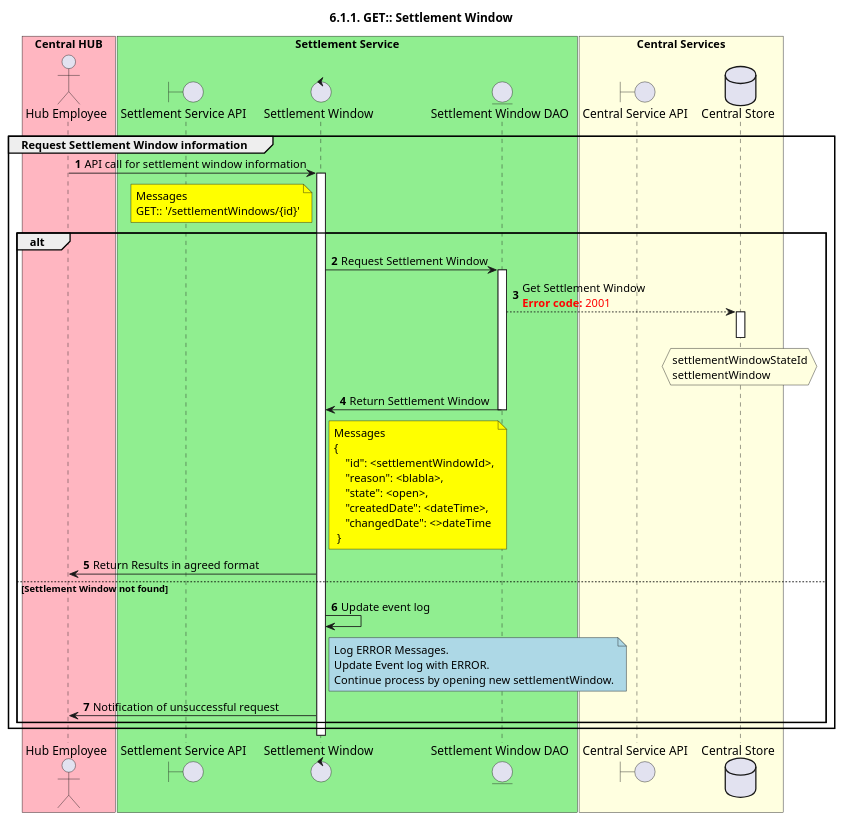
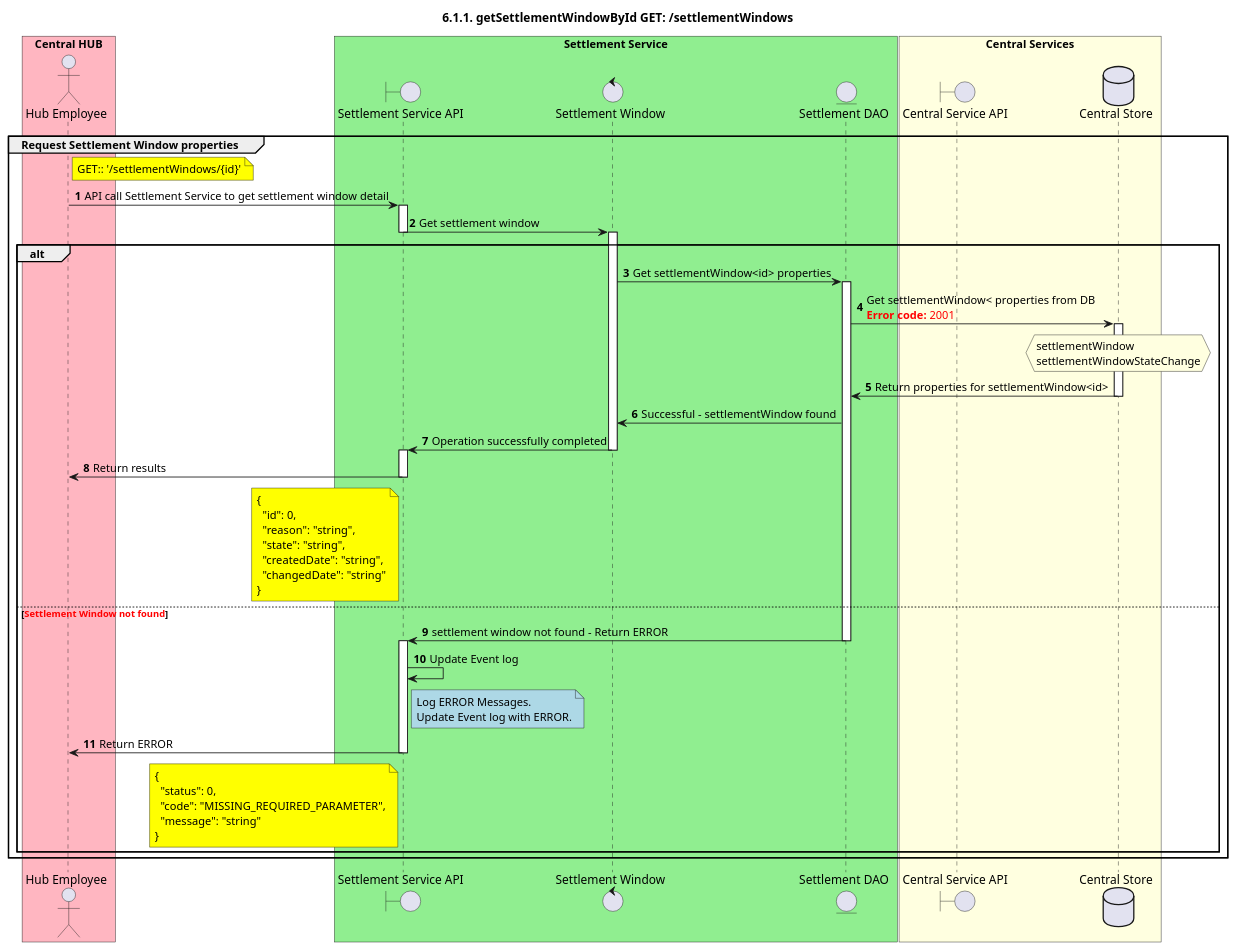
The diagram in CentralServices/seq_diagrams/seq-settleWindow-6.1.1.plantuml (HenkKodde/docs), drawn with PlantUML before and after one commit. The commit also changed 5 other files, not shown here.

Commit message:
Commit sequence diarams so implementations can start. v2.0

```diff
--- a/CentralServices/seq_diagrams/seq-settleWindow-6.1.1.plantuml
+++ b/CentralServices/seq_diagrams/seq-settleWindow-6.1.1.plantuml
@@ -1,79 +1,94 @@
 @startuml
 ' declate title
-title 6.1.1. GET:: Settlement Window
+title 6.1.1. getSettlementWindowById GET: /settlementWindows
 
 autonumber
 
 ' Actor Keys:
 
 ' declare actors
 
 actor "Hub Employee" as OPERATOR
 
 boundary "Settlement Service API" as SSAPI
 control "Settlement Window" as SETTLEWINDOW
-entity "Settlement Window DAO" as SETTLEWINDOW_DAO
+entity "Settlement DAO" as SETTLE_DAO
 
 boundary "Central Service API" as CSAPI
 database "Central Store" as DB
 
 box "Central HUB" #LightPink
     participant OPERATOR
 end box
 
 box "Settlement Service" #LightGreen
     participant SSAPI
     participant SETTLEWINDOW
-    participant SETTLEWINDOW_DAO
+    participant SETTLE_DAO
 end box
 
 box "Central Services" #LightYellow
     participant CSAPI
     participant DB
 end box
 
 ' start flow
 
-group Request Settlement Window information
-    OPERATOR -> SETTLEWINDOW: API call for settlement window information
-    note left of SETTLEWINDOW #Yellow
-        Messages
+group Request Settlement Window properties
+    note right of OPERATOR #Yellow
         GET:: '/settlementWindows/{id}'
     end note
-
+    OPERATOR -> SSAPI: API call Settlement Service to get settlement window detail
+    activate SSAPI
+    SSAPI -> SETTLEWINDOW: Get settlement window
+    deactivate SSAPI
     activate SETTLEWINDOW
     alt
-    SETTLEWINDOW -> SETTLEWINDOW_DAO: Request Settlement Window
-    activate SETTLEWINDOW_DAO
-        SETTLEWINDOW_DAO --> DB: Get Settlement Window \n<color #FF0000><b>Error code:</b> 2001</color>
+        SETTLEWINDOW -> SETTLE_DAO: Get settlementWindow<id> properties
+        activate SETTLE_DAO
+'        group <color #blue>DB TRANSACTION</color>
+                SETTLE_DAO -> DB: Get settlementWindow< properties from DB \n<color #FF0000><b>Error code:</b> 2001</color>
             activate DB
-            hnote over DB #LightYellow
-                settlementWindowStateId
+                hnote over DB #LightYellow
                 settlementWindow
-            end hnote
+                settlementWindowStateChange
+                end hnote
+                SETTLE_DAO <- DB: Return properties for settlementWindow<id>
             deactivate DB
-
-    SETTLEWINDOW <- SETTLEWINDOW_DAO: Return Settlement Window
-    deactivate SETTLEWINDOW_DAO
-        note right of SETTLEWINDOW #Yellow
-            Messages
+'        end
+        SETTLEWINDOW <- SETTLE_DAO: Successful - settlementWindow found
+        SSAPI <- SETTLEWINDOW: Operation successfully completed
+        deactivate SETTLEWINDOW
+        activate SSAPI
+        OPERATOR <- SSAPI: Return results
+        note left of SSAPI #Yellow
             {
-                "id": <settlementWindowId>,
-                "reason": <blabla>,
-                "state": <open>,
-                "createdDate": <dateTime>,
-                "changedDate": <>dateTime
-             }
+              "id": 0,
+              "reason": "string",
+              "state": "string",
+              "createdDate": "string",
+              "changedDate": "string"
+            }
         end note
-    OPERATOR <- SETTLEWINDOW: Return Results in agreed format
-    else Settlement Window not found
-    SETTLEWINDOW -> SETTLEWINDOW: Update event log
-        note right of SETTLEWINDOW #LightBlue
+        deactivate SSAPI
+    else <color #FF0000><b>Settlement Window not found</b></color>
+        SETTLE_DAO -> SSAPI: settlement window not found - Return ERROR
+        deactivate SETTLE_DAO
+        activate SSAPI
+        SSAPI -> SSAPI: Update Event log
+        note right of SSAPI #LightBlue
             Log ERROR Messages.
             Update Event log with ERROR.
-            Continue process by opening new settlementWindow.
         end note
-    SETTLEWINDOW -> OPERATOR: Notification of unsuccessful request
+        OPERATOR <- SSAPI: Return ERROR
+        deactivate SSAPI
+        note left of SSAPI #Yellow
+            {
+              "status": 0,
+              "code": "MISSING_REQUIRED_PARAMETER",
+              "message": "string"
+            }
+        end note
     end
 end
 @enduml
```
